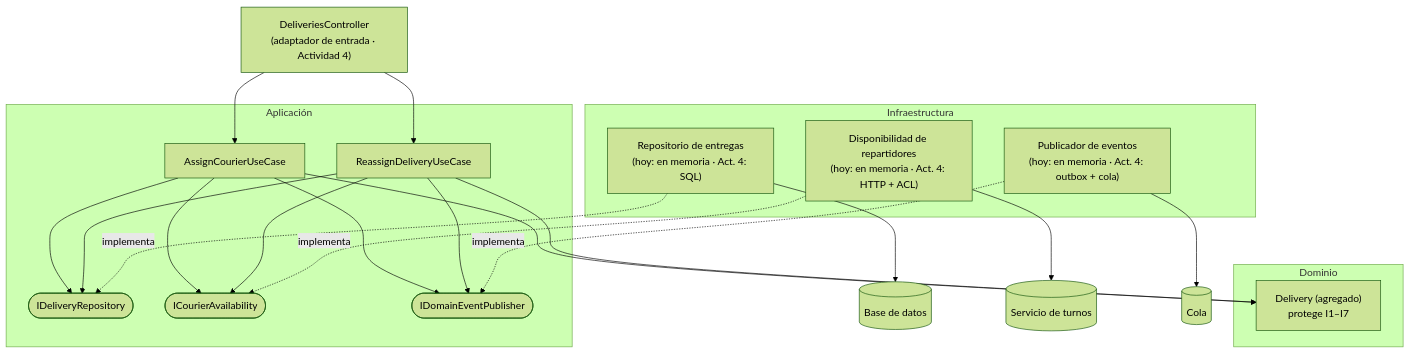
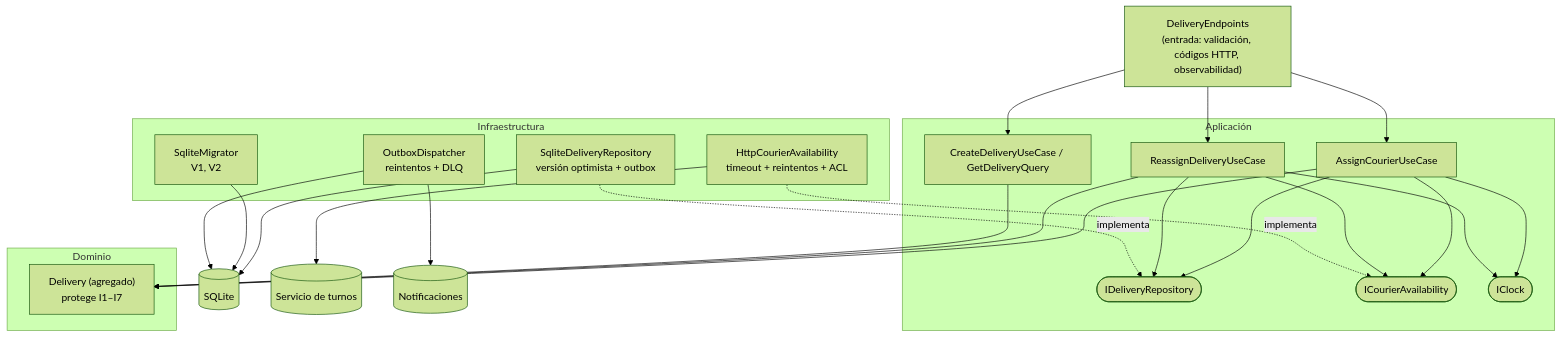
One commit to Alejatorres23/plataforma-logistica-arquitectura changed the third of 3 diagrams in ARCHITECTURE.md. Above: the diagram before and after it, drawn with Mermaid (forest theme). The commit also changed other lines of this file and 3 other files, not shown here.

Commit message:
docs: expediente actualizado con la actividad 4 (README, ARCHITECTURE y cifras de pruebas)

````diff
--- a/ARCHITECTURE.md
+++ b/ARCHITECTURE.md
@@ -69,28 +66,31 @@
 ```mermaid
 flowchart TB
-    IN["DeliveriesController<br/>(adaptador de entrada · Actividad 4)"]
+    IN["DeliveryEndpoints<br/>(entrada: validación, códigos HTTP, observabilidad)"]
     subgraph APP["Aplicación"]
         UC1["AssignCourierUseCase"]
         UC2["ReassignDeliveryUseCase"]
+        UC3["CreateDeliveryUseCase / GetDeliveryQuery"]
         P1(["IDeliveryRepository"])
         P2(["ICourierAvailability"])
-        P3(["IDomainEventPublisher"])
+        P3(["IClock"])
     end
     subgraph DOM["Dominio"]
         D["Delivery (agregado)<br/>protege I1–I7"]
     end
     subgraph INF["Infraestructura"]
-        A1["Repositorio de entregas<br/>(hoy: en memoria · Act. 4: SQL)"]
-        A2["Disponibilidad de repartidores<br/>(hoy: en memoria · Act. 4: HTTP + ACL)"]
-        A3["Publicador de eventos<br/>(hoy: en memoria · Act. 4: outbox + cola)"]
+        A1["SqliteDeliveryRepository<br/>versión optimista + outbox"]
+        A2["HttpCourierAvailability<br/>timeout + reintentos + ACL"]
+        A3["OutboxDispatcher<br/>reintentos + DLQ"]
+        MIG["SqliteMigrator<br/>V1, V2"]
     end
-    IN --> UC1 & UC2
-    UC1 & UC2 --> D
+    IN --> UC1 & UC2 & UC3
+    UC1 & UC2 & UC3 --> D
     UC1 & UC2 --> P1 & P2 & P3
     A1 -. implementa .-> P1
     A2 -. implementa .-> P2
-    A3 -. implementa .-> P3
-    A1 --> DB[("Base de datos")]
+    A1 --> DB[("SQLite")]
+    MIG --> DB
+    A3 --> DB
     A2 --> TUR[("Servicio de turnos")]
-    A3 --> Q[("Cola")]
+    A3 --> NOT[("Notificaciones")]
 ```
````
